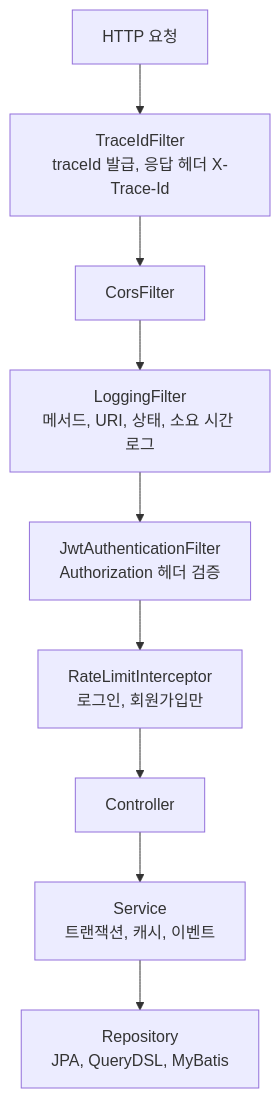
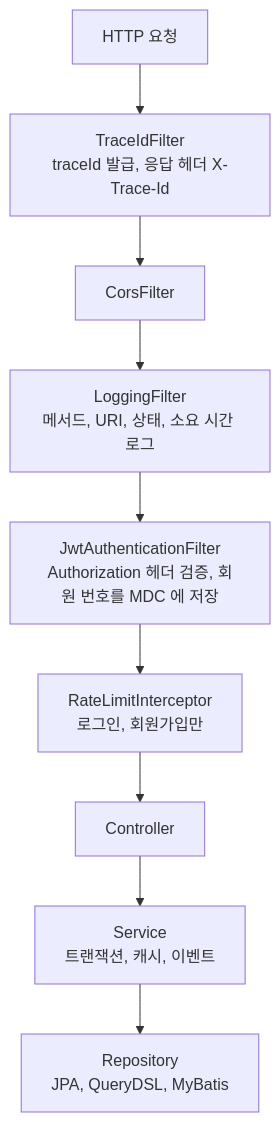
One commit to tychejin1218/spring-react-boilerplate changed the second of 6 diagrams in docs/ARCHITECTURE.md. Above: the diagram before and after it, drawn with Mermaid. The commit also changed other lines of this file and 10 other files, not shown here.

````diff
--- a/docs/ARCHITECTURE.md
+++ b/docs/ARCHITECTURE.md
@@ -41,11 +41,11 @@
 ```mermaid
 flowchart TB
   R[HTTP 요청] --> T[TraceIdFilter<br/>traceId 발급, 응답 헤더 X-Trace-Id]
   T --> C[CorsFilter]
   C --> L[LoggingFilter<br/>메서드, URI, 상태, 소요 시간 로그]
-  L --> J[JwtAuthenticationFilter<br/>Authorization 헤더 검증]
+  L --> J[JwtAuthenticationFilter<br/>Authorization 헤더 검증, 회원 번호를 MDC 에 저장]
   J --> RL[RateLimitInterceptor<br/>로그인, 회원가입만]
   RL --> CT[Controller]
   CT --> S[Service<br/>트랜잭션, 캐시, 이벤트]
   S --> Q[Repository<br/>JPA, QueryDSL, MyBatis]
 ```
````
